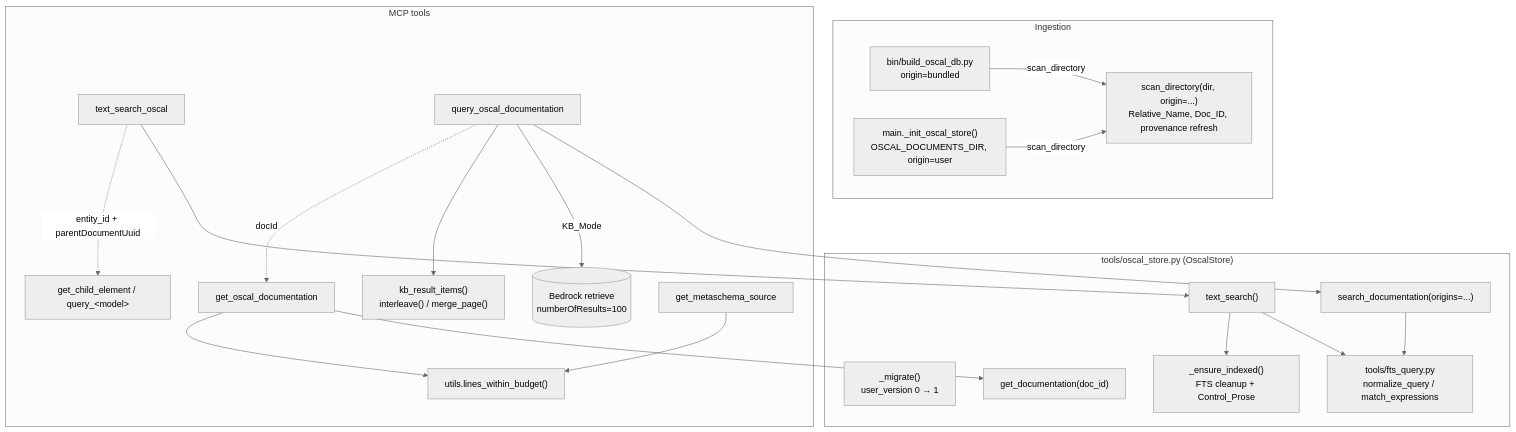
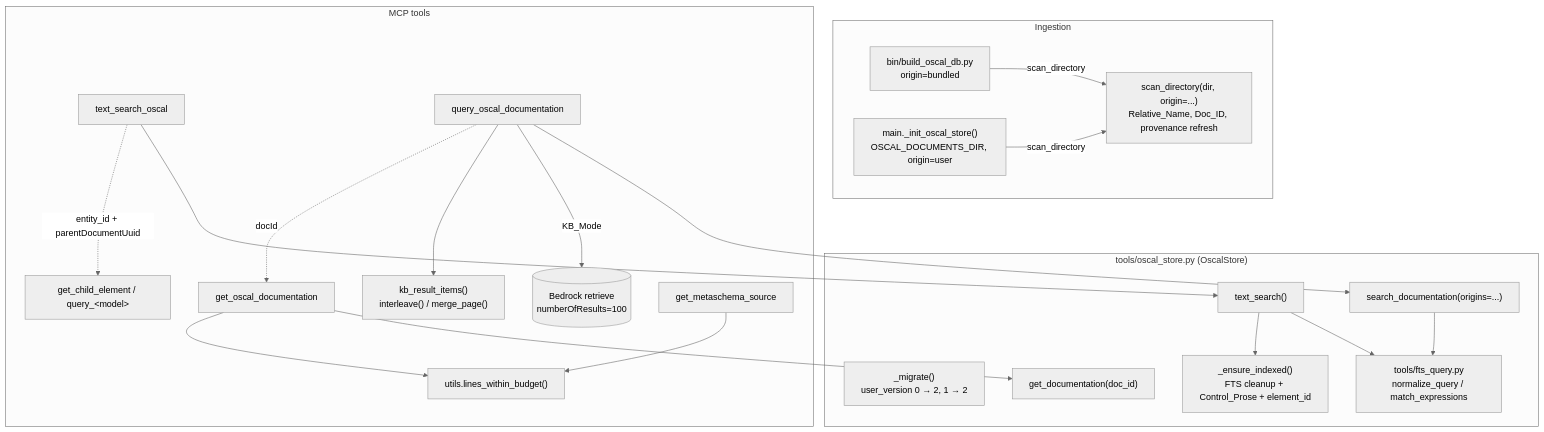
The first of 2 diagrams in .kiro/specs/search-fetch-pairs/design.md (dfkunstler/mcp-server-for-oscal), drawn with Mermaid (neutral theme) before and after one commit. The commit also changed other lines of this file and 27 other files, not shown here.

````diff
--- a/.kiro/specs/search-fetch-pairs/design.md
+++ b/.kiro/specs/search-fetch-pairs/design.md
@@ -32,33 +32,33 @@
 ```mermaid
 flowchart TD
     subgraph Ingest["Ingestion"]
         B["bin/build_oscal_db.py<br/>origin=bundled"] -->|scan_directory| S
         M["main._init_oscal_store()<br/>OSCAL_DOCUMENTS_DIR, origin=user"] -->|scan_directory| S
     end
 
     subgraph Store["tools/oscal_store.py (OscalStore)"]
         S["scan_directory(dir, origin=...)<br/>Relative_Name, Doc_ID, provenance refresh"]
-        MIG["_migrate()<br/>user_version 0 → 1"]
-        IDX["_ensure_indexed()<br/>FTS cleanup + Control_Prose"]
+        MIG["_migrate()<br/>user_version 0 → 2, 1 → 2"]
+        IDX["_ensure_indexed()<br/>FTS cleanup + Control_Prose + element_id"]
         TS["text_search()"]
         DS["search_documentation(origins=...)"]
         GD["get_documentation(doc_id)"]
         FQ["tools/fts_query.py<br/>normalize_query / match_expressions"]
     end
 
     subgraph Tools["MCP tools"]
         T1["text_search_oscal"] --> TS
         T2["get_child_element / query_&lt;model&gt;"]
         T3["query_oscal_documentation"] --> DS
         T3 -->|KB_Mode| KB[("Bedrock retrieve<br/>numberOfResults=100")]
         T3 --> NK["kb_result_items()<br/>interleave() / merge_page()"]
         T4["get_oscal_documentation"] --> GD
         T4 --> LR["utils.lines_within_budget()"]
         T5["get_metaschema_source"] --> LR
     end
 
     TS & DS --> FQ
     TS --> IDX
     T1 -. "entity_id + parentDocumentUuid" .-> T2
     T3 -. "docId" .-> T4
 ```
````
